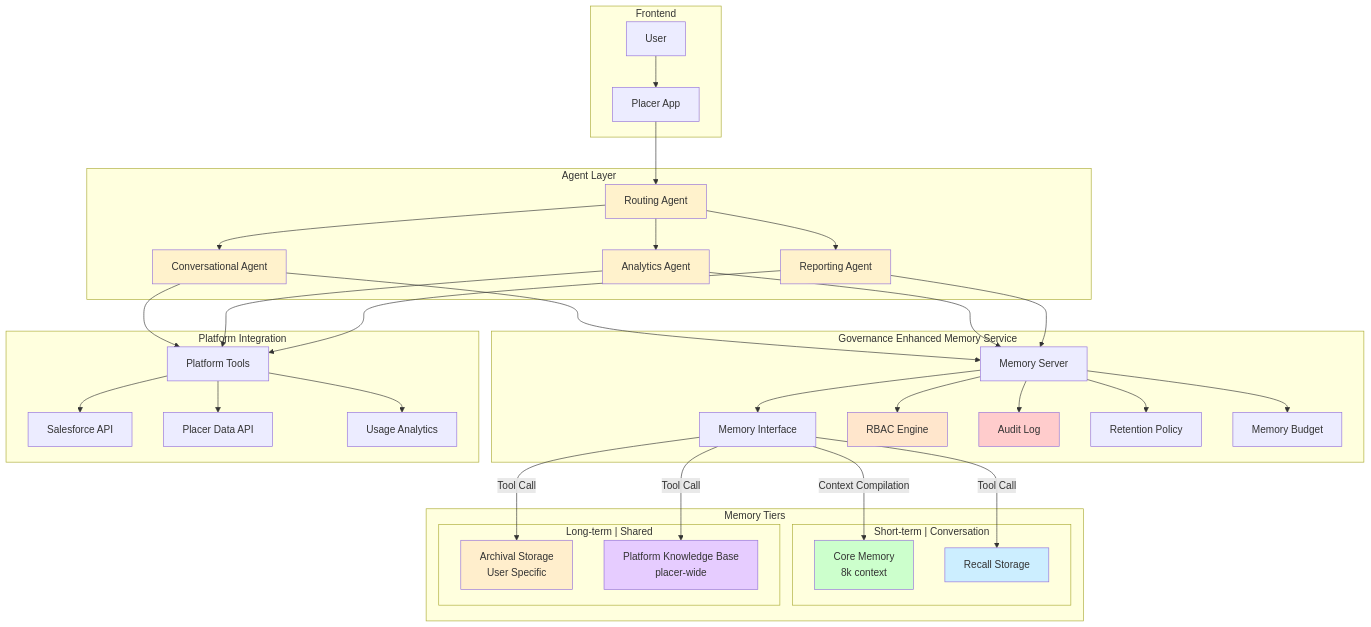
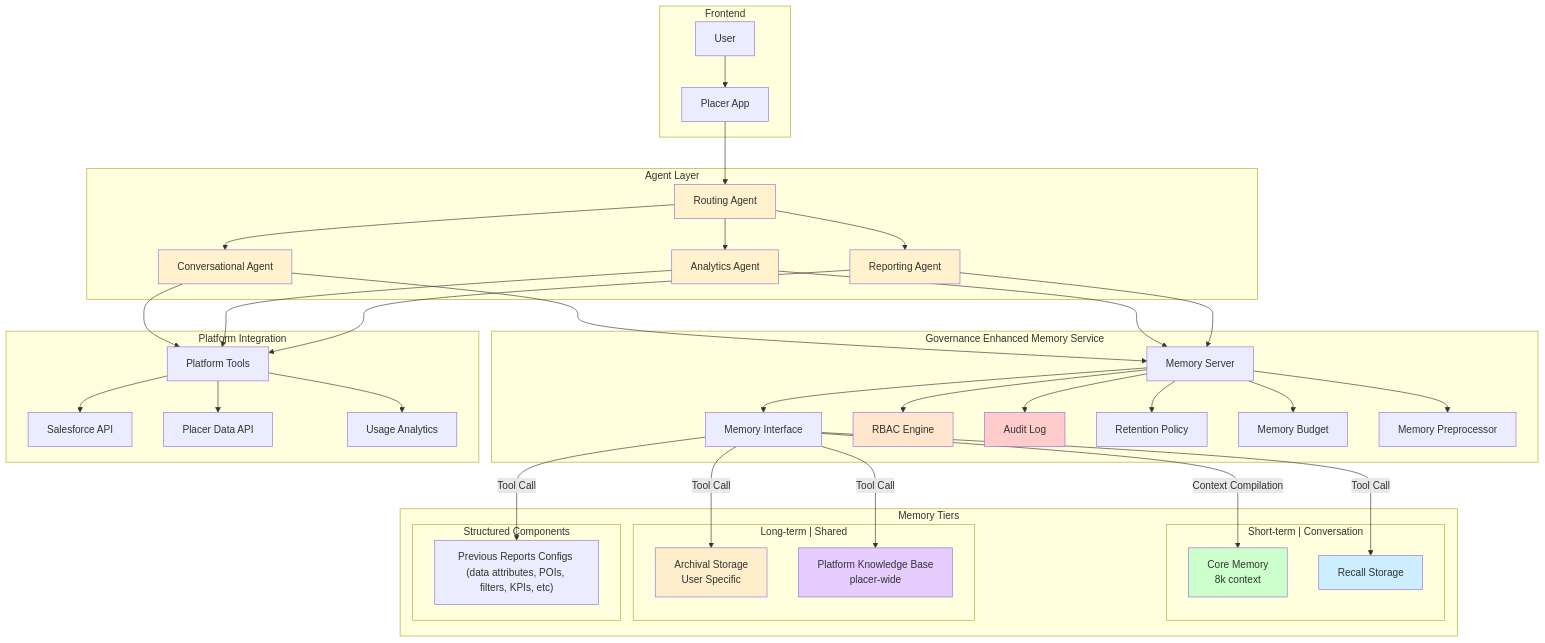
The fourth of 4 diagrams in docs/deliverables/solution_options.md (joeyfezster/memAgentDemo), drawn with Mermaid before and after one commit. The commit also changed other lines of this file, not shown here.

Commit message:
docs: modify architectures comp table to align to desired rubric

````diff
--- a/docs/deliverables/solution_options.md
+++ b/docs/deliverables/solution_options.md
@@ -177,57 +179,62 @@
 ```mermaid
 graph TB
     subgraph "Frontend"
         U[User] --> PA[Placer App]
     end
 
     subgraph "Agent Layer"
         PA --> RA[Routing Agent]
         RA --> CA[Conversational Agent]
         RA --> AA[Analytics Agent]
         RA --> RA2[Reporting Agent]
     end
 
     subgraph "Governance Enhanced Memory Service"
         CA --> MS[Memory Server]
         AA --> MS
         RA2 --> MS
         MS --> MI[Memory Interface]
 
         MS --> RBAC[RBAC Engine]
         MS --> AL[Audit Log]
         MS --> RT[Retention Policy]
         MS --> MB[Memory Budget]
+
+        MS --> CS[Memory Preprocessor]
     end
 
     subgraph "Memory Tiers"
         subgraph "Short-term | Conversation"
             MI --> | Context Compilation | CM[Core Memory<br/>8k context]
             MI --> | Tool Call | RC[Recall Storage]
         end
         subgraph "Long-term | Shared"
             MI --> | Tool Call | AR[Archival Storage<br/> User Specific]
             MI --> | Tool Call | PK[Platform Knowledge Base<br/> placer-wide]
+        end
+        subgraph "Structured Components"
+            MI --> |Tool Call | SC1["Previous Reports Configs (data attributes, POIs, filters, KPIs, etc)"]
         end
     end
 
     subgraph "Platform Integration"
         CA --> PT[Platform Tools]
         AA --> PT
         RA2 --> PT
         PT --> SF[Salesforce API]
         PT --> PD[Placer Data API]
         PT --> UA[Usage Analytics]
     end
 
 
     style RA fill:#fff2cc
     style CA fill:#fff2cc
     style AA fill:#fff2cc
     style RA2 fill:#fff2cc
     style CM fill:#ccffcc
     style RC fill:#cceeff
     style AR fill:#ffeecc
     style PK fill:#e6ccff
     style AL fill:#ffcccc
     style RBAC fill:#ffe6cc
 ```
````
